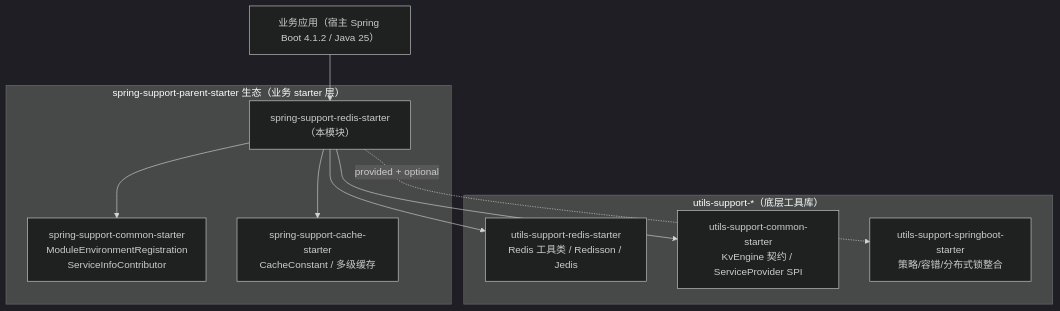
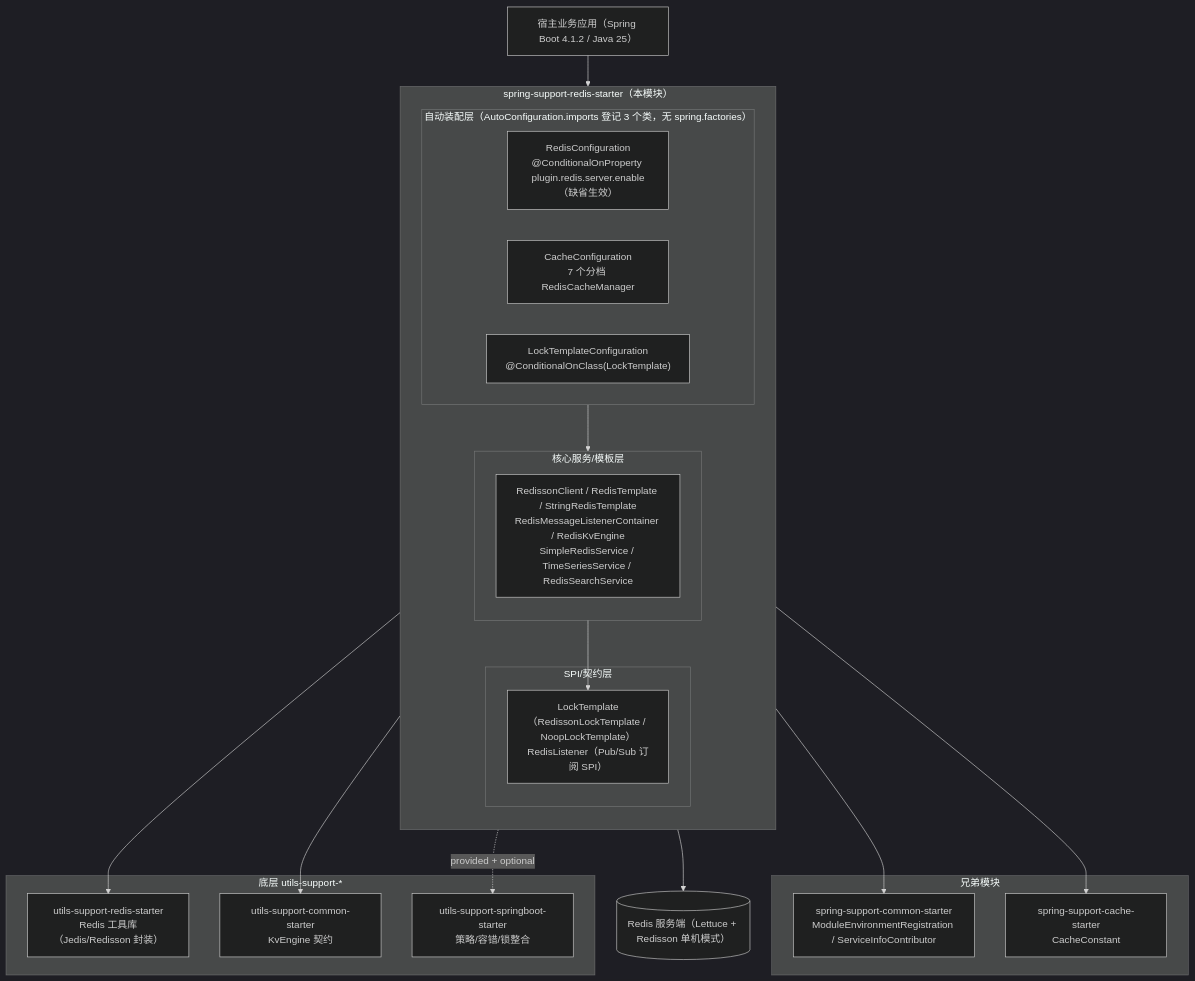
One commit to CHTK001/spring-support-parent-starter changed the first of 2 diagrams in spring-support-redis-starter/README.md. Above: the diagram before and after it, drawn with Mermaid (dark theme). The commit also changed other lines of this file and 54 other files, not shown here.

````diff
--- a/spring-support-redis-starter/README.md
+++ b/spring-support-redis-starter/README.md
@@ -13,23 +7,39 @@
 ```mermaid
 flowchart TB
-    APP["业务应用（宿主 Spring Boot 4.1.2 / Java 25）"]
+    APP["宿主业务应用（Spring Boot 4.1.2 / Java 25）"]
 
-    subgraph parent["spring-support-parent-starter 生态（业务 starter 层）"]
-        REDIS["spring-support-redis-starter（本模块）"]
-        COMMON["spring-support-common-starter<br/>ModuleEnvironmentRegistration<br/>ServiceInfoContributor"]
-        CACHE["spring-support-cache-starter<br/>CacheConstant / 多级缓存"]
+    subgraph MOD["spring-support-redis-starter（本模块）"]
+        direction TB
+        subgraph AUTO["自动装配层（AutoConfiguration.imports 登记 3 个类，无 spring.factories）"]
+            RC["RedisConfiguration<br/>@ConditionalOnProperty plugin.redis.server.enable（缺省生效）"]
+            CC["CacheConfiguration<br/>7 个分档 RedisCacheManager"]
+            LC["LockTemplateConfiguration<br/>@ConditionalOnClass(LockTemplate)"]
+        end
+        subgraph CORE["核心服务/模板层"]
+            B["RedissonClient / RedisTemplate / StringRedisTemplate<br/>RedisMessageListenerContainer / RedisKvEngine<br/>SimpleRedisService / TimeSeriesService / RedisSearchService"]
+        end
+        subgraph SPI["SPI/契约层"]
+            S["LockTemplate（RedissonLockTemplate / NoopLockTemplate）<br/>RedisListener（Pub/Sub 订阅 SPI）"]
+        end
+        AUTO --> CORE --> S
     end
 
-    subgraph utils["utils-support-*（底层工具库）"]
-        UTIL_REDIS["utils-support-redis-starter<br/>Redis 工具类 / Redisson / Jedis"]
-        UTIL_COMMON["utils-support-common-starter<br/>KvEngine 契约 / ServiceProvider SPI"]
-        UTIL_SB["utils-support-springboot-starter<br/>策略/容错/分布式锁整合"]
+    subgraph SIB["兄弟模块"]
+        COMMON["spring-support-common-starter<br/>ModuleEnvironmentRegistration / ServiceInfoContributor"]
+        CACHE["spring-support-cache-starter<br/>CacheConstant"]
     end
 
-    REDIS --> COMMON
-    REDIS --> CACHE
-    REDIS --> UTIL_REDIS
-    REDIS --> UTIL_COMMON
-    REDIS -.->|"provided + optional"| UTIL_SB
-    APP --> REDIS
+    subgraph UTILS["底层 utils-support-*"]
+        UREDIS["utils-support-redis-starter<br/>Redis 工具库（Jedis/Redisson 封装）"]
+        UCOMMON["utils-support-common-starter<br/>KvEngine 契约"]
+        USB["utils-support-springboot-starter<br/>策略/容错/锁整合"]
+    end
+
+    APP --> MOD
+    MOD --> COMMON
+    MOD --> CACHE
+    MOD --> UREDIS
+    MOD --> UCOMMON
+    MOD -.->|"provided + optional"| USB
+    B --> SERVER[("Redis 服务端（Lettuce + Redisson 单机模式）")]
 ```
````
